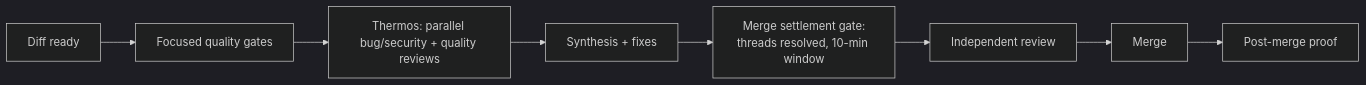
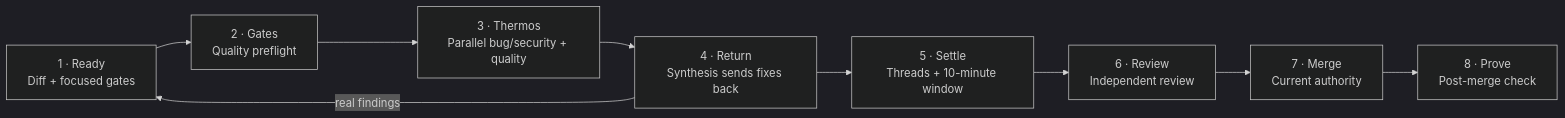
One commit to novotnyllc/railyard changed the diagram in site/src/diagrams/m6-review-gates.mmd. Above: the diagram before and after it, drawn with Mermaid (dark theme). The commit also changed 35 other files, not shown here.

First line of the commit message:
docs: narrative stage 2 — sequence-narrative diagrams

```diff
--- a/site/src/diagrams/m6-review-gates.mmd
+++ b/site/src/diagrams/m6-review-gates.mmd
@@ -1,8 +1,11 @@
 flowchart LR
-    A[Diff ready] --> B[Focused quality gates]
-    B --> C[Thermos: parallel bug/security + quality reviews]
-    C --> D[Synthesis + fixes]
-    D --> E[Merge settlement gate:\nthreads resolved, 10-min window]
-    E --> F[Independent review]
-    F --> G[Merge]
-    G --> H[Post-merge proof]
+    accTitle: M6 review gate sequence
+    accDescr: A ready diff enters focused gates, parallel Thermos review, a finding-return loop, settlement, independent review, merge, and post-merge proof.
+    A["1 · Ready<br/>Diff + focused gates"] --> B["2 · Gates<br/>Quality preflight"]
+    B --> C["3 · Thermos<br/>Parallel bug/security + quality"]
+    C --> D["4 · Return<br/>Synthesis sends fixes back"]
+    D --> E["5 · Settle<br/>Threads + 10-minute window"]
+    E --> F["6 · Review<br/>Independent review"]
+    F --> G["7 · Merge<br/>Current authority"]
+    G --> H["8 · Prove<br/>Post-merge check"]
+    D -->|real findings| A
```
